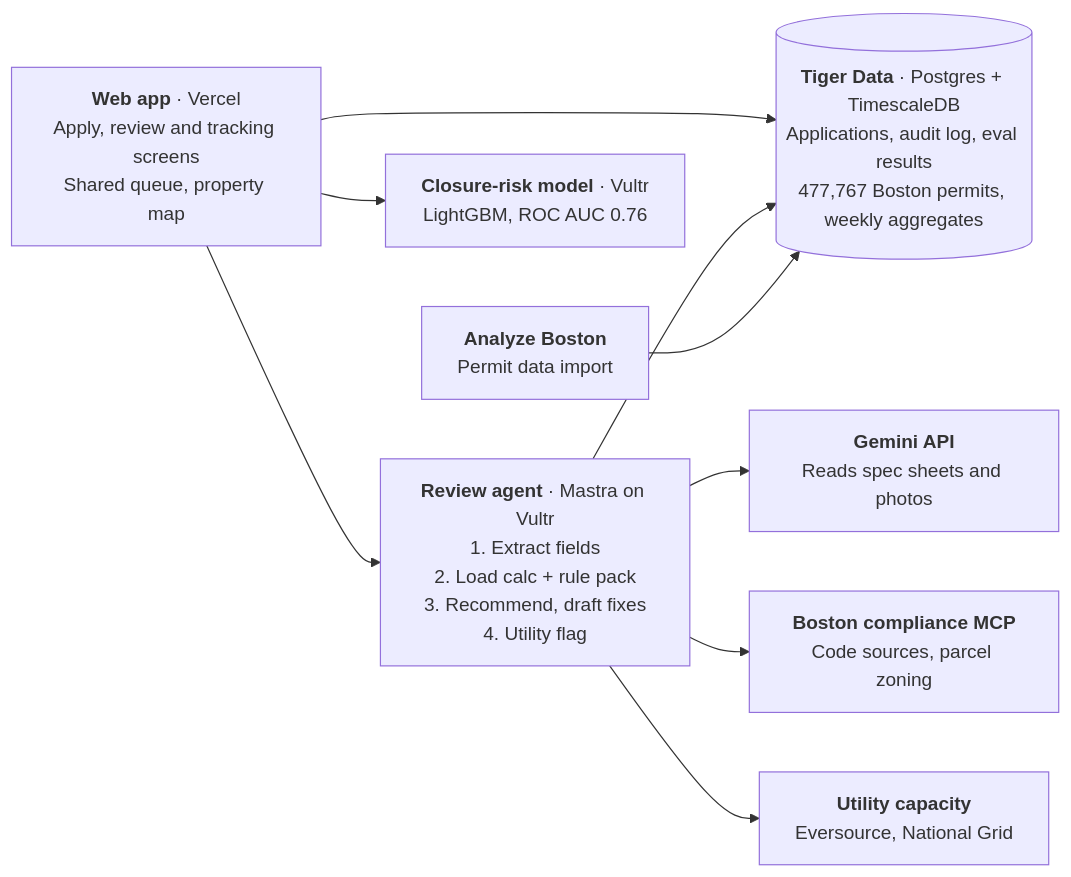
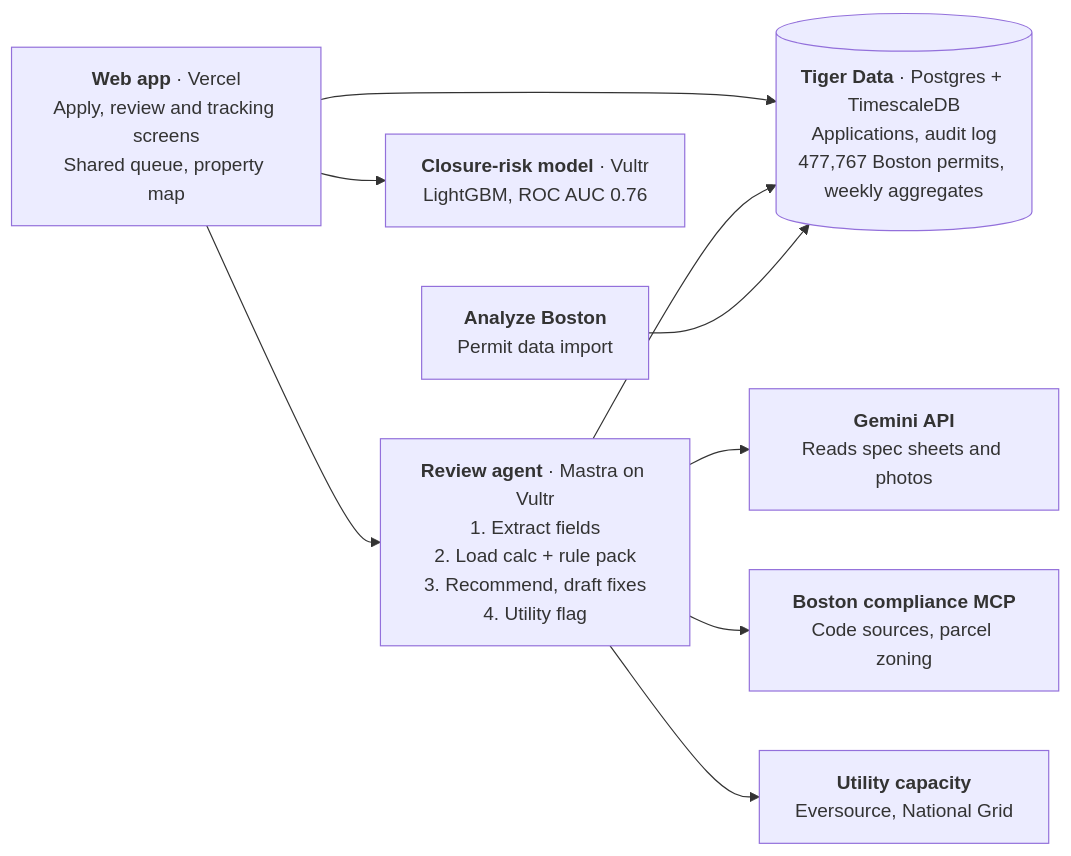
The diagram in README.md (njsaxena/PermitPike), drawn with Mermaid before and after one commit. The commit also changed other lines of this file and 57 other files, not shown here.

Commit message:
Remove evals: dashboard, evals package and cases, /api/evals, eval run types, eval_runs schema

````diff
--- a/README.md
+++ b/README.md
@@ -32,20 +32,20 @@
 ```mermaid
 flowchart LR
   web["<b>Web app</b> · Vercel<br/>Apply, review and tracking screens<br/>Shared queue, property map"]
   agent["<b>Review agent</b> · Mastra on Vultr<br/>1. Extract fields<br/>2. Load calc + rule pack<br/>3. Recommend, draft fixes<br/>4. Utility flag"]
-  db[("<b>Tiger Data</b> · Postgres + TimescaleDB<br/>Applications, audit log, eval results<br/>477,767 Boston permits, weekly aggregates")]
+  db[("<b>Tiger Data</b> · Postgres + TimescaleDB<br/>Applications, audit log<br/>477,767 Boston permits, weekly aggregates")]
   gemini["<b>Gemini API</b><br/>Reads spec sheets and photos"]
   mcp["<b>Boston compliance MCP</b><br/>Code sources, parcel zoning"]
   utility["<b>Utility capacity</b><br/>Eversource, National Grid"]
   risk["<b>Closure-risk model</b> · Vultr<br/>LightGBM, ROC AUC 0.76"]
   boston["<b>Analyze Boston</b><br/>Permit data import"]
 
   web --> agent
   web --> db
   web --> risk
   agent --> db
   agent --> gemini
   agent --> mcp
   agent --> utility
   boston --> db
 ```
````
